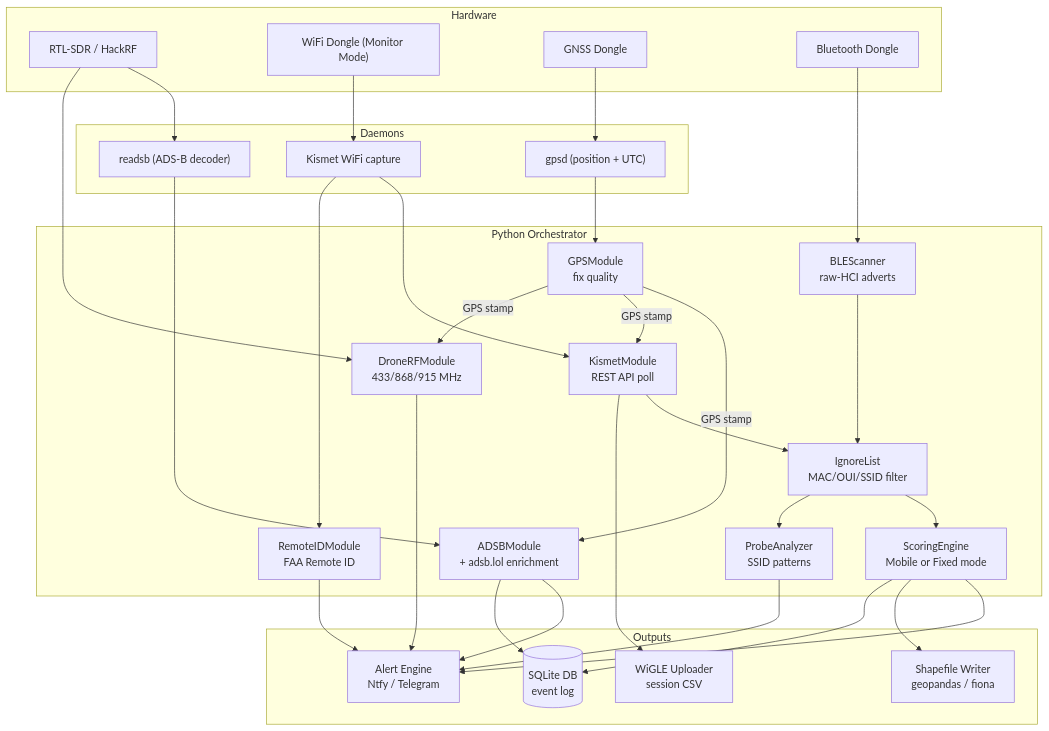
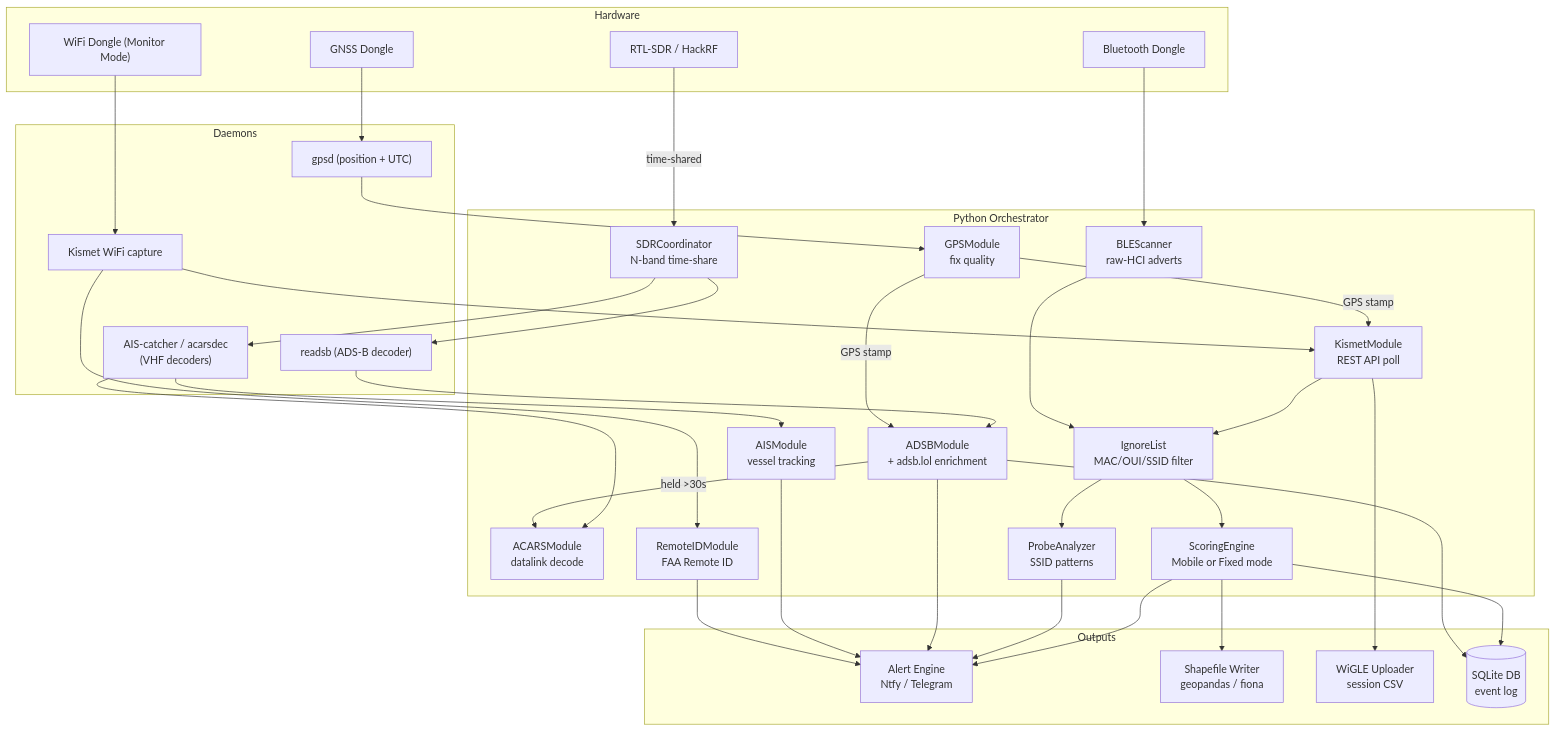
One commit to Isthistak3n/Passive-Vigilance changed the diagram in README.md. Above: the diagram before and after it, drawn with Mermaid. The commit also changed other lines of this file and 1 other file, not shown here.

First line of the commit message:
docs: README + roadmap for the SDR pivot (retire DroneRF; AIS/ADS-B/ACARS) (#159)

````diff
--- a/README.md
+++ b/README.md
@@ -65,56 +67,62 @@
 ```mermaid
 flowchart TD
     subgraph Hardware
         SDR["RTL-SDR / HackRF"]
         WIFI["WiFi Dongle (Monitor Mode)"]
         GPS["GNSS Dongle"]
         BT["Bluetooth Dongle"]
     end
     subgraph Daemons
         READSB["readsb (ADS-B decoder)"]
+        AISD["AIS-catcher / acarsdec<br/>(VHF decoders)"]
         KISMET["Kismet WiFi capture"]
         GPSD["gpsd (position + UTC)"]
     end
     subgraph Orchestrator["Python Orchestrator"]
+        COORD["SDRCoordinator<br/>N-band time-share"]
         ADSB["ADSBModule<br/>+ adsb.lol enrichment"]
-        DRONE["DroneRFModule<br/>433/868/915 MHz"]
+        AIS["AISModule<br/>vessel tracking"]
+        ACARS["ACARSModule<br/>datalink decode"]
         KIS["KismetModule<br/>REST API poll"]
         BLE["BLEScanner<br/>raw-HCI adverts"]
         RID["RemoteIDModule<br/>FAA Remote ID"]
         GPSM["GPSModule<br/>fix quality"]
         IGNORE["IgnoreList<br/>MAC/OUI/SSID filter"]
         PERSIST["ScoringEngine<br/>Mobile or Fixed mode"]
         PROBE["ProbeAnalyzer<br/>SSID patterns"]
     end
     subgraph Outputs
         ALERT["Alert Engine<br/>Ntfy / Telegram"]
         SHP["Shapefile Writer<br/>geopandas / fiona"]
         WIGLE["WiGLE Uploader<br/>session CSV"]
         DB[("SQLite DB<br/>event log")]
     end
-    SDR --> READSB
-    SDR --> DRONE
+    SDR -->|time-shared| COORD
+    COORD --> READSB
+    COORD --> AISD
     WIFI --> KISMET
     BT --> BLE
     GPS --> GPSD
     READSB --> ADSB
+    AISD --> AIS
+    AISD --> ACARS
     KISMET --> KIS
     KISMET --> RID
     GPSD --> GPSM
     GPSM -->|GPS stamp| ADSB
     GPSM -->|GPS stamp| KIS
-    GPSM -->|GPS stamp| DRONE
+    ADSB -->|held >30s| ACARS
     KIS --> IGNORE
     BLE --> IGNORE
     IGNORE --> PERSIST
     IGNORE --> PROBE
     PERSIST --> ALERT
     PROBE --> ALERT
     ADSB --> ALERT
-    DRONE --> ALERT
+    AIS --> ALERT
     RID --> ALERT
     PERSIST --> SHP
     PERSIST --> DB
     ADSB --> DB
     KIS --> WIGLE
 ```
````
